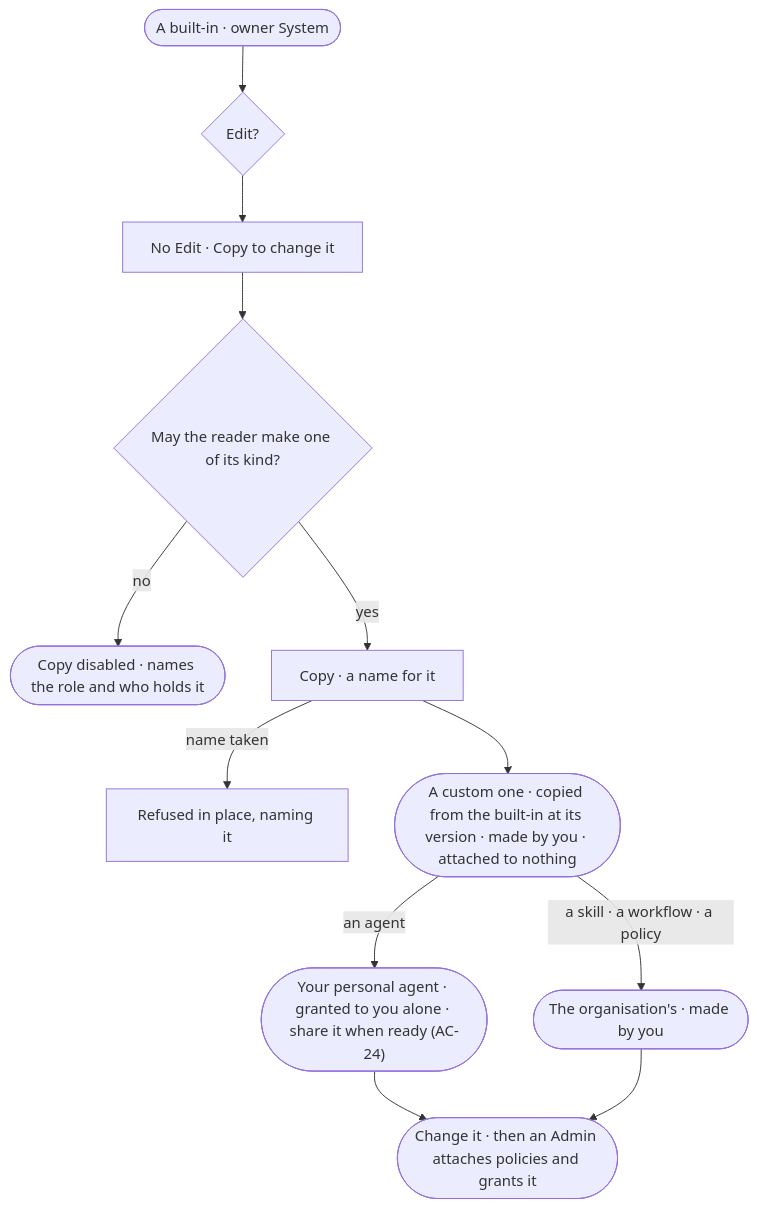
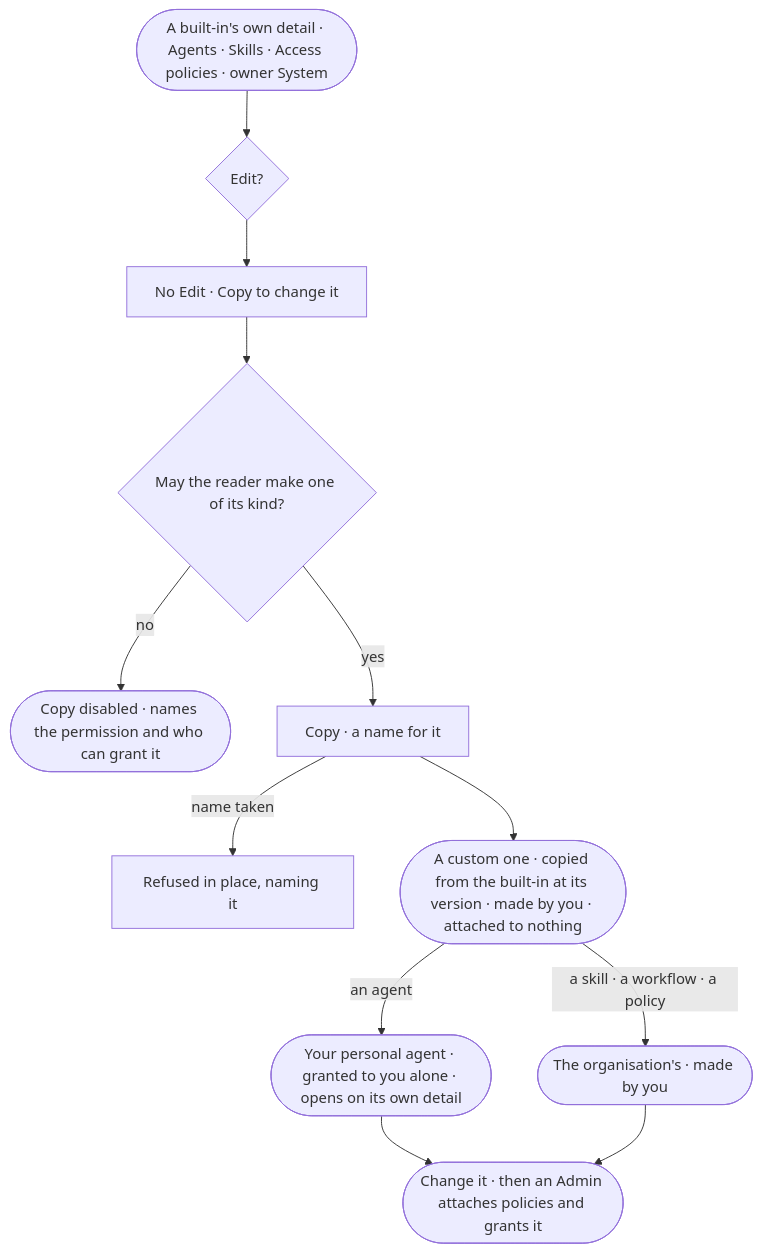
One commit to invana/invana changed the diagram in specs/os/access/features/AC-F07-ownership/stories/AC-25-copy-a-built-in-to-change-it/story.md. Above: the diagram before and after it, drawn with Mermaid. The commit also changed other lines of this file and 456 other files, not shown here.

````diff
--- a/specs/os/access/features/AC-F07-ownership/stories/AC-25-copy-a-built-in-to-change-it/story.md
+++ b/specs/os/access/features/AC-F07-ownership/stories/AC-25-copy-a-built-in-to-change-it/story.md
@@ -26,14 +26,14 @@
 ```mermaid
 flowchart TD
-  b([A built-in · owner System]) --> e{"Edit?"}
+  b([A built-in's own detail · Agents · Skills · Access policies · owner System]) --> e{"Edit?"}
   e --> ne["No Edit · Copy to change it"]
   ne --> c{"May the reader make one of its kind?"}
-  c -->|no| na(["Copy disabled · names the role and who holds it"])
+  c -->|no| na(["Copy disabled · names the permission and who can grant it"])
   c -->|yes| cp["Copy · a name for it"]
   cp -->|name taken| nt["Refused in place, naming it"]
   cp --> mine(["A custom one · copied from the built-in at its version · made by you · attached to nothing"])
-  mine -->|an agent| pers(["Your personal agent · granted to you alone · share it when ready (AC-24)"])
+  mine -->|an agent| pers(["Your personal agent · granted to you alone · opens on its own detail"])
   mine -->|a skill · a workflow · a policy| orgc(["The organisation's · made by you"])
   pers --> next(["Change it · then an Admin attaches policies and grants it"])
   orgc --> next
 ```
````
